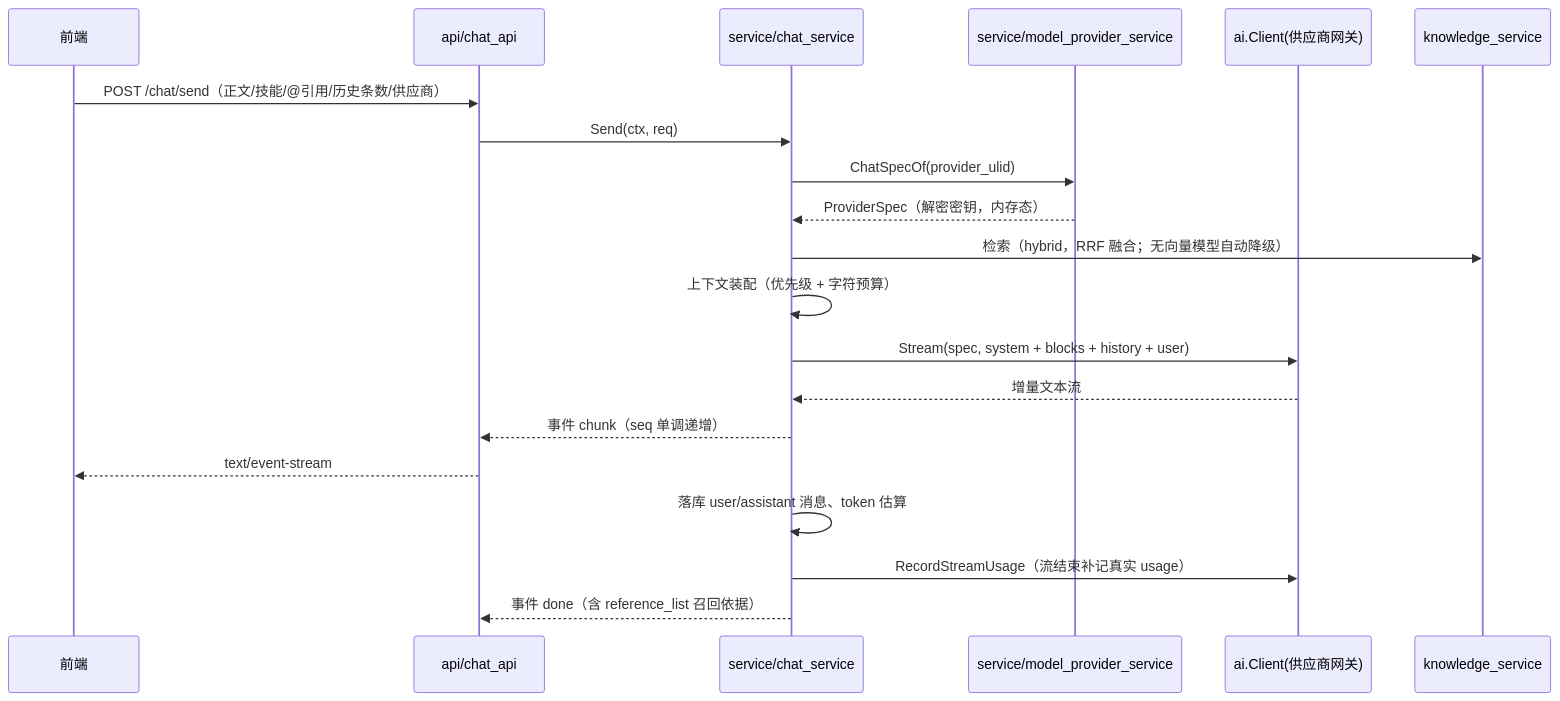
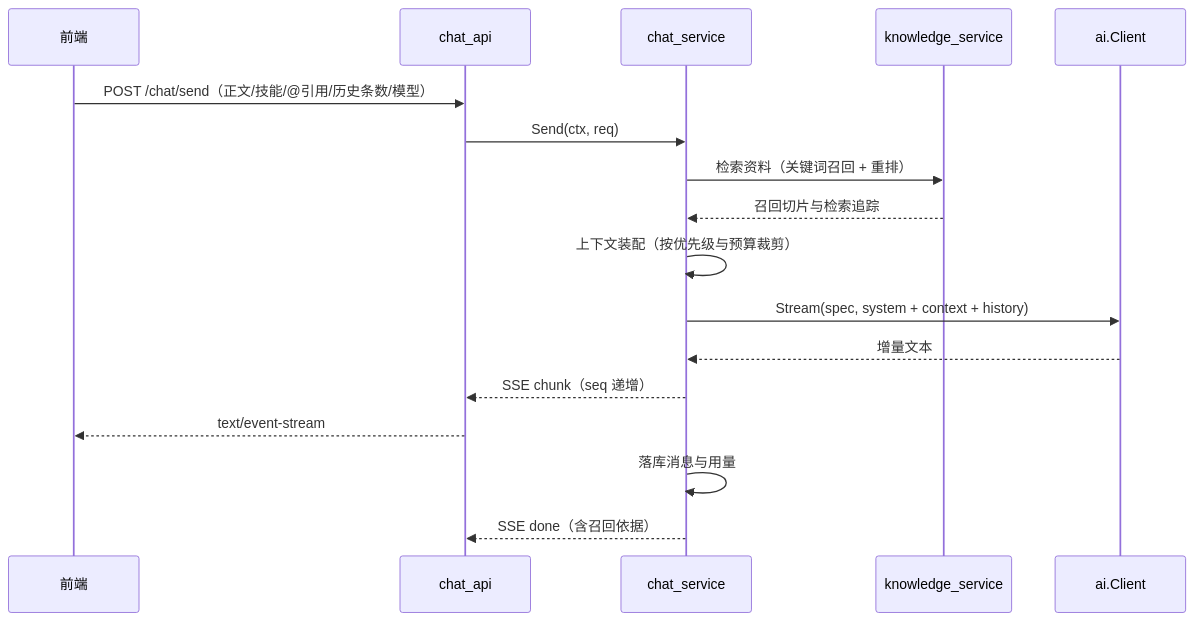
One commit to 2132691342/NovelWorkbench changed the second of 2 diagrams in doc/architecture.md. Above: the diagram before and after it, drawn with Mermaid. The commit also changed other lines of this file and 82 other files, not shown here.

````diff
--- a/doc/architecture.md
+++ b/doc/architecture.md
@@ -95,22 +139,19 @@
 ```mermaid
 sequenceDiagram
   participant FE as 前端
-  participant API as api/chat_api
-  participant SVC as service/chat_service
-  participant PRV as service/model_provider_service
-  participant AI as ai.Client(供应商网关)
+  participant API as chat_api
+  participant SVC as chat_service
   participant RAG as knowledge_service
-  FE->>API: POST /chat/send（正文/技能/@引用/历史条数/供应商）
+  participant AI as ai.Client
+  FE->>API: POST /chat/send（正文/技能/@引用/历史条数/模型）
   API->>SVC: Send(ctx, req)
-  SVC->>PRV: ChatSpecOf(provider_ulid)
-  PRV-->>SVC: ProviderSpec（解密密钥，内存态）
-  SVC->>RAG: 检索（hybrid，RRF 融合；无向量模型自动降级）
-  SVC->>SVC: 上下文装配（优先级 + 字符预算）
-  SVC->>AI: Stream(spec, system + blocks + history + user)
-  AI-->>SVC: 增量文本流
-  SVC-->>API: 事件 chunk（seq 单调递增）
+  SVC->>RAG: 检索资料（关键词召回 + 重排）
+  RAG-->>SVC: 召回切片与检索追踪
+  SVC->>SVC: 上下文装配（按优先级与预算裁剪）
+  SVC->>AI: Stream(spec, system + context + history)
+  AI-->>SVC: 增量文本
+  SVC-->>API: SSE chunk（seq 递增）
   API-->>FE: text/event-stream
-  SVC->>SVC: 落库 user/assistant 消息、token 估算
-  SVC->>AI: RecordStreamUsage（流结束补记真实 usage）
-  SVC-->>API: 事件 done（含 reference_list 召回依据）
+  SVC->>SVC: 落库消息与用量
+  SVC-->>API: SSE done（含召回依据）
 ```
````
